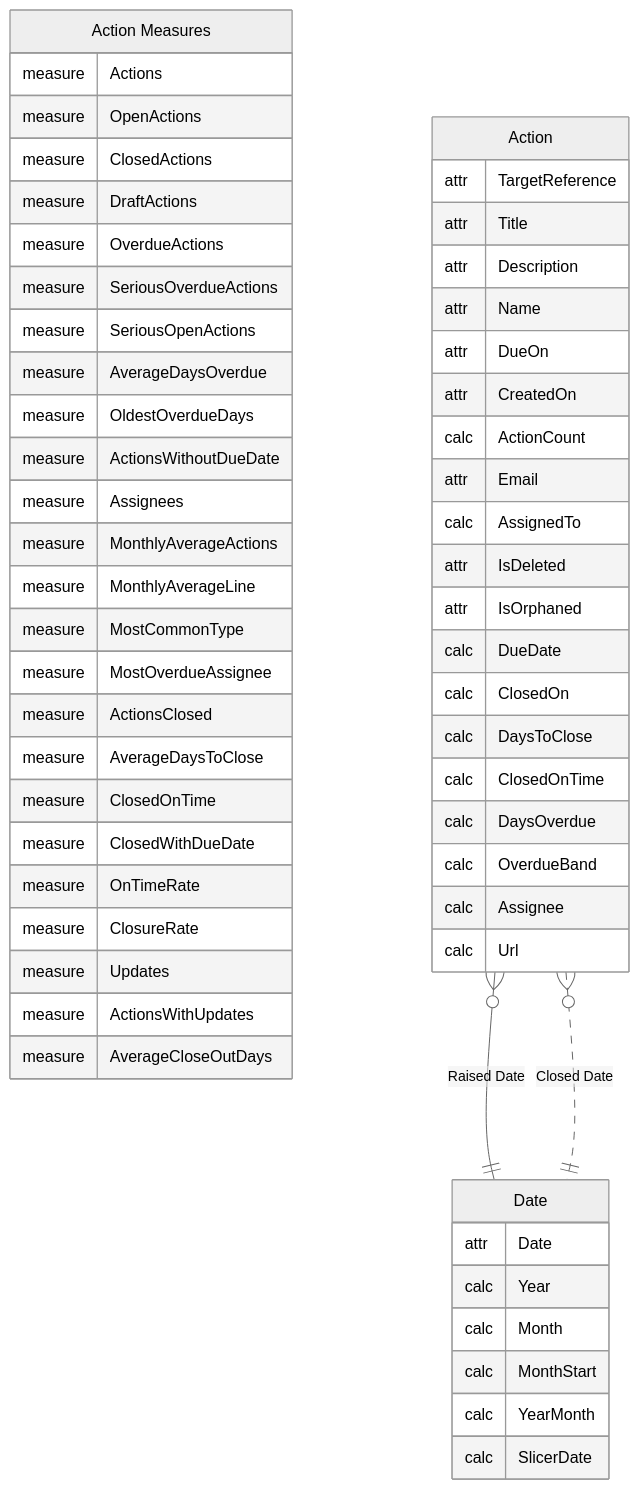
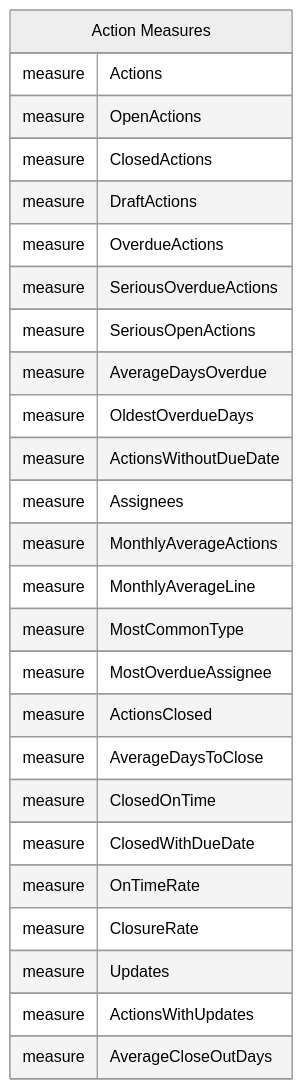
Before and after one commit to work-wallet/BIClient: the second of 2 diagrams in PowerBISamplesModels/Actions.md, drawn with Mermaid. The commit also changed 17 other files, not shown here.

````diff
--- a/PowerBISamplesModels/Actions.md
+++ b/PowerBISamplesModels/Actions.md
@@ -59,64 +69,33 @@
 ```mermaid
 ---
 config:
   theme: neutral
 ---
 erDiagram
-    "Date" {
-        attr Date
-        calc Year
-        calc Month
-        calc MonthStart
-        calc YearMonth
-        calc SlicerDate
-    }
     "Action Measures" {
         measure Actions
         measure OpenActions
         measure ClosedActions
         measure DraftActions
         measure OverdueActions
         measure SeriousOverdueActions
         measure SeriousOpenActions
         measure AverageDaysOverdue
         measure OldestOverdueDays
         measure ActionsWithoutDueDate
         measure Assignees
         measure MonthlyAverageActions
         measure MonthlyAverageLine
         measure MostCommonType
         measure MostOverdueAssignee
         measure ActionsClosed
         measure AverageDaysToClose
         measure ClosedOnTime
         measure ClosedWithDueDate
         measure OnTimeRate
         measure ClosureRate
         measure Updates
         measure ActionsWithUpdates
         measure AverageCloseOutDays
     }
-    "Action" {
-        attr TargetReference
-        attr Title
-        attr Description
-        attr Name
-        attr DueOn
-        attr CreatedOn
-        calc ActionCount
-        attr Email
-        calc AssignedTo
-        attr IsDeleted
-        attr IsOrphaned
-        calc DueDate
-        calc ClosedOn
-        calc DaysToClose
-        calc ClosedOnTime
-        calc DaysOverdue
-        calc OverdueBand
-        calc Assignee
-        calc Url
-    }
-    "Action" }o--|| "Date" : "Raised Date"
-    "Action" }o..|| "Date" : "Closed Date"
 ```
````
